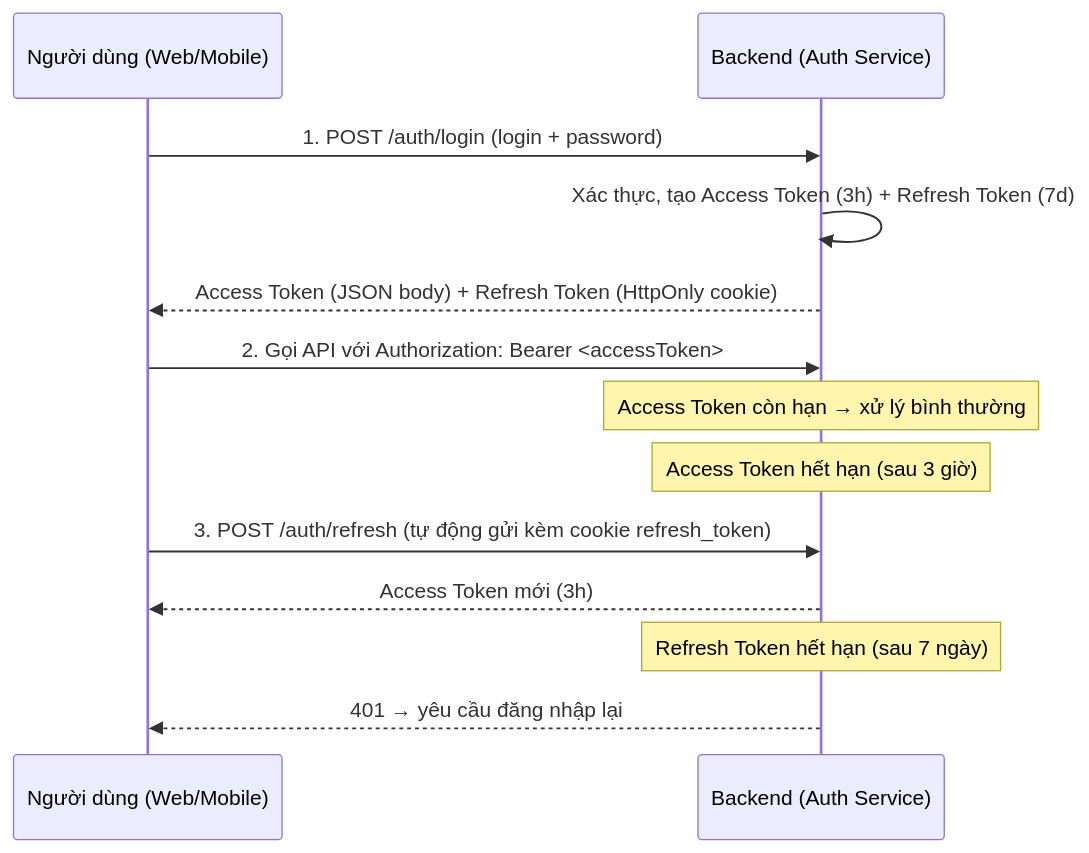
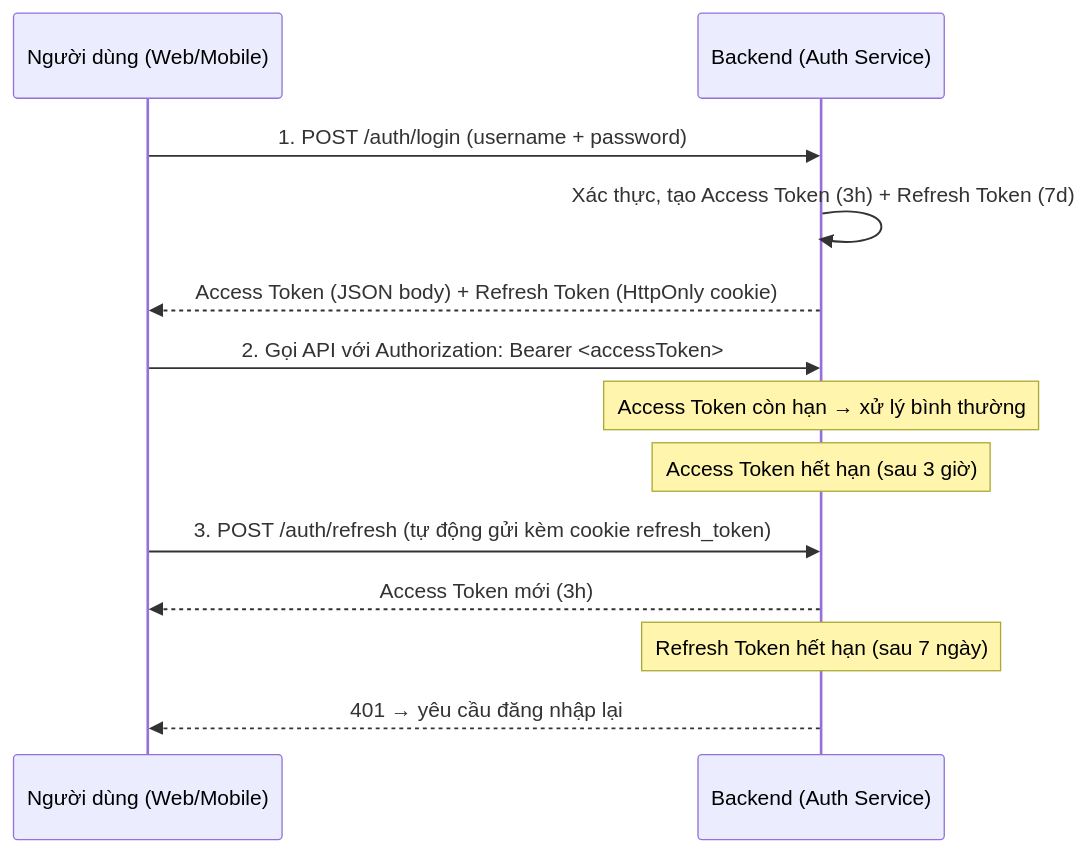
One commit to Duybao-313/BaoEng changed the diagram in Docs/JWT_Authentication_Design.md. Above: the diagram before and after it, drawn with Mermaid. The commit also changed other lines of this file and 82 other files, not shown here.

First line of the commit message:
feat(auth): nối màn đăng nhập app với API, đăng nhập bằng username

````diff
--- a/Docs/JWT_Authentication_Design.md
+++ b/Docs/JWT_Authentication_Design.md
@@ -91,16 +91,16 @@
 ```mermaid
 sequenceDiagram
     participant U as Người dùng (Web/Mobile)
     participant A as Backend (Auth Service)
 
-    U->>A: 1. POST /auth/login (login + password)
+    U->>A: 1. POST /auth/login (username + password)
     A->>A: Xác thực, tạo Access Token (3h) + Refresh Token (7d)
     A-->>U: Access Token (JSON body) + Refresh Token (HttpOnly cookie)
     U->>A: 2. Gọi API với Authorization: Bearer <accessToken>
     Note over A: Access Token còn hạn → xử lý bình thường
     Note over A: Access Token hết hạn (sau 3 giờ)
     U->>A: 3. POST /auth/refresh (tự động gửi kèm cookie refresh_token)
     A-->>U: Access Token mới (3h)
     Note over A: Refresh Token hết hạn (sau 7 ngày)
     A-->>U: 401 → yêu cầu đăng nhập lại
 ```
````
